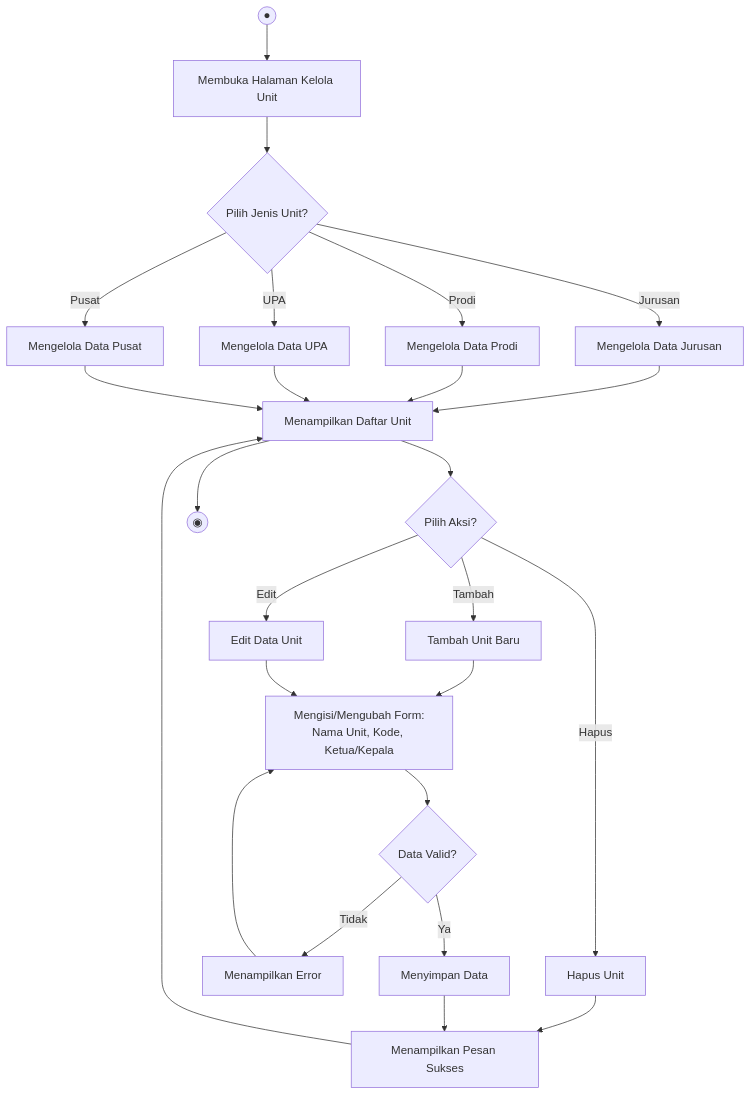
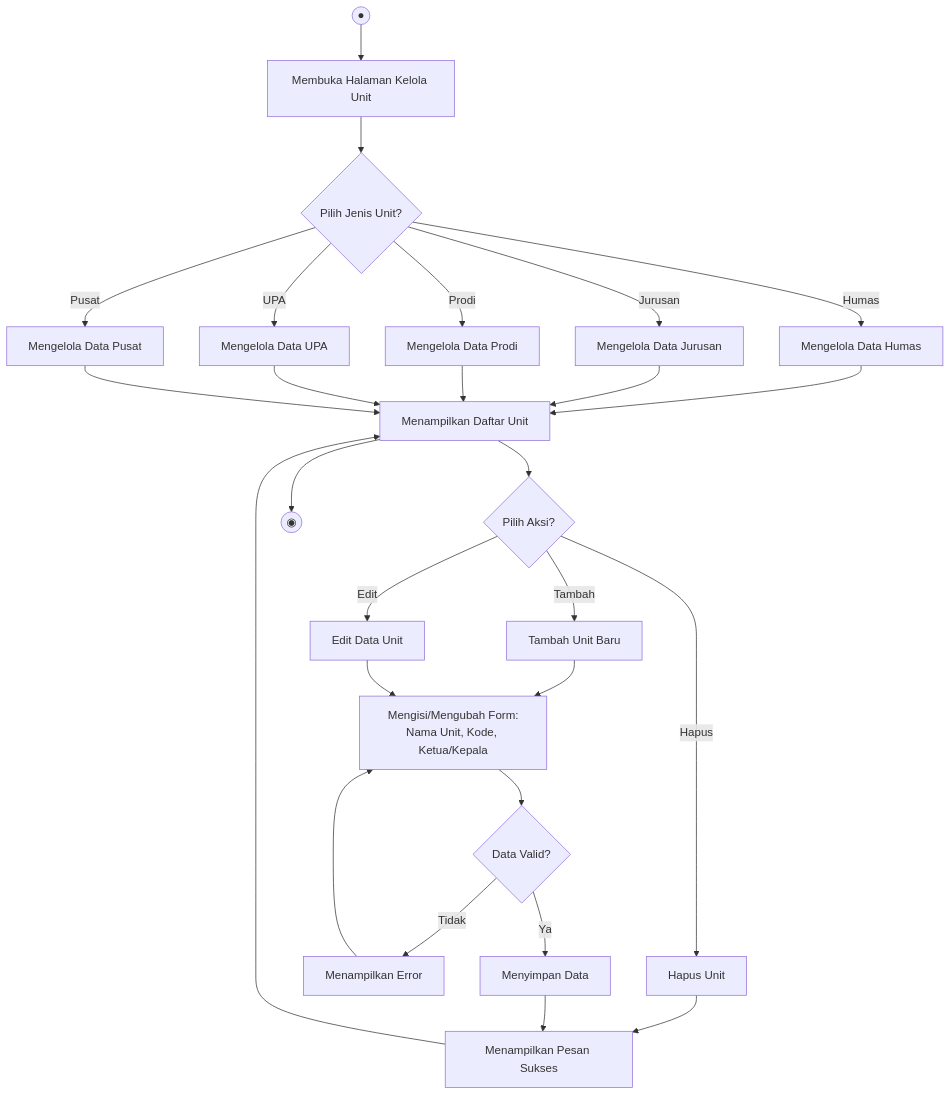
Before and after one commit to billiampalad/wd4: the seventh of 39 diagrams in pengembangan-sistem/analysis-flowchart.md, drawn with Mermaid. The commit also changed other lines of this file and 3 other files, not shown here.

````diff
--- a/pengembangan-sistem/analysis-flowchart.md
+++ b/pengembangan-sistem/analysis-flowchart.md
@@ -353,35 +353,37 @@
 ```mermaid
 flowchart TD
     Start(("●"))
     A["Membuka Halaman Kelola Unit"]
     B{"Pilih Jenis Unit?"}
-    C1["Mengelola Data Jurusan"]
-    C2["Mengelola Data Prodi"]
-    C3["Mengelola Data UPA"]
-    C4["Mengelola Data Pusat"]
+    C1["Mengelola Data Humas"]
+    C2["Mengelola Data Jurusan"]
+    C3["Mengelola Data Prodi"]
+    C4["Mengelola Data UPA"]
+    C5["Mengelola Data Pusat"]
     D["Menampilkan Daftar Unit"]
     E{"Pilih Aksi?"}
     F["Tambah Unit Baru"]
     G["Edit Data Unit"]
     H["Hapus Unit"]
     I["Mengisi/Mengubah Form:\nNama Unit, Kode, Ketua/Kepala"]
     J{"Data Valid?"}
     K["Menampilkan Error"]
     L["Menyimpan Data"]
     M["Menampilkan Pesan Sukses"]
     End(("◉"))
 
     Start --> A --> B
-    B -- Jurusan --> C1 --> D
-    B -- Prodi --> C2 --> D
-    B -- UPA --> C3 --> D
-    B -- Pusat --> C4 --> D
+    B -- Humas --> C1 --> D
+    B -- Jurusan --> C2 --> D
+    B -- Prodi --> C3 --> D
+    B -- UPA --> C4 --> D
+    B -- Pusat --> C5 --> D
     D --> E
     E -- Tambah --> F --> I
     E -- Edit --> G --> I
     E -- Hapus --> H --> M
     I --> J
     J -- Tidak --> K --> I
     J -- Ya --> L --> M --> D
     D --> End
 ```
````
